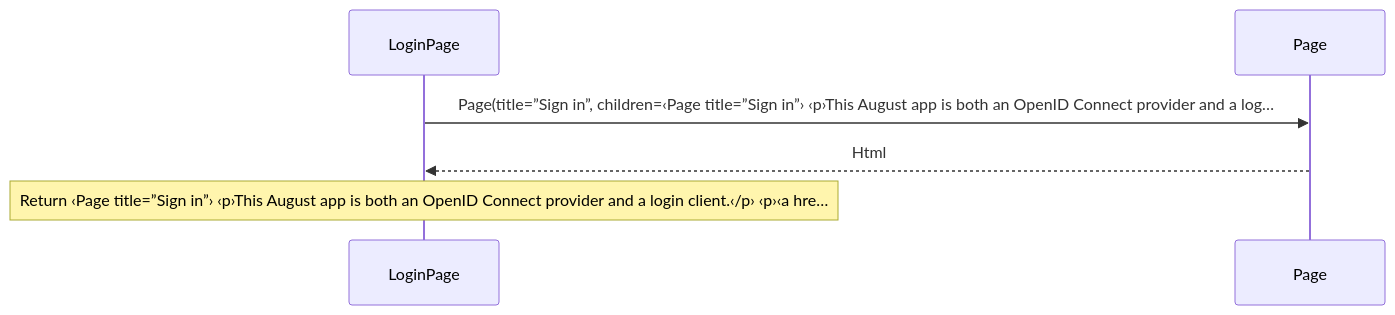
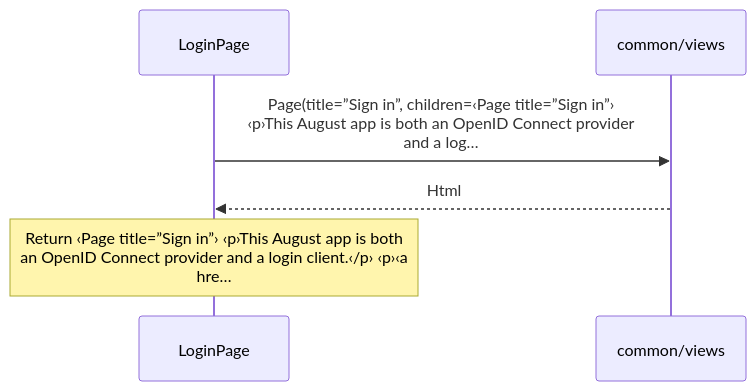
The second of 3 diagrams in docs/examples/oidc-login/client/views-diagrams.md (GreenPandaStudios/augscript), drawn with Mermaid before and after one commit. The commit also changed other lines of this file and 200 other files, not shown here.

Commit message:
Group imported operations and wrap readable sequence messages

````diff
--- a/docs/examples/oidc-login/client/views-diagrams.md
+++ b/docs/examples/oidc-login/client/views-diagrams.md
@@ -43,8 +43,8 @@
 ```mermaid
 sequenceDiagram
     participant p0 as LoginPage
-    participant p1 as Page
-    p0->>p1: Page(title=”Sign in”, children=‹Page title=”Sign in”› ‹p›This August app is both an OpenID Connect provider and a log…
+    participant p1 as common/views
+    p0->>p1: Page(title=”Sign in”, children=‹Page title=”Sign in”›<br/>‹p›This August app is both an OpenID Connect provider<br/>and a log…
     p1-->>p0: Html
-    Note over p0: Return ‹Page title=”Sign in”› ‹p›This August app is both an OpenID Connect provider and a login client.‹/p› ‹p›‹a hre…
+    Note over p0: Return ‹Page title=”Sign in”› ‹p›This August app is both<br/>an OpenID Connect provider and a login client.‹/p› ‹p›‹a<br/>hre…
 ```
````
